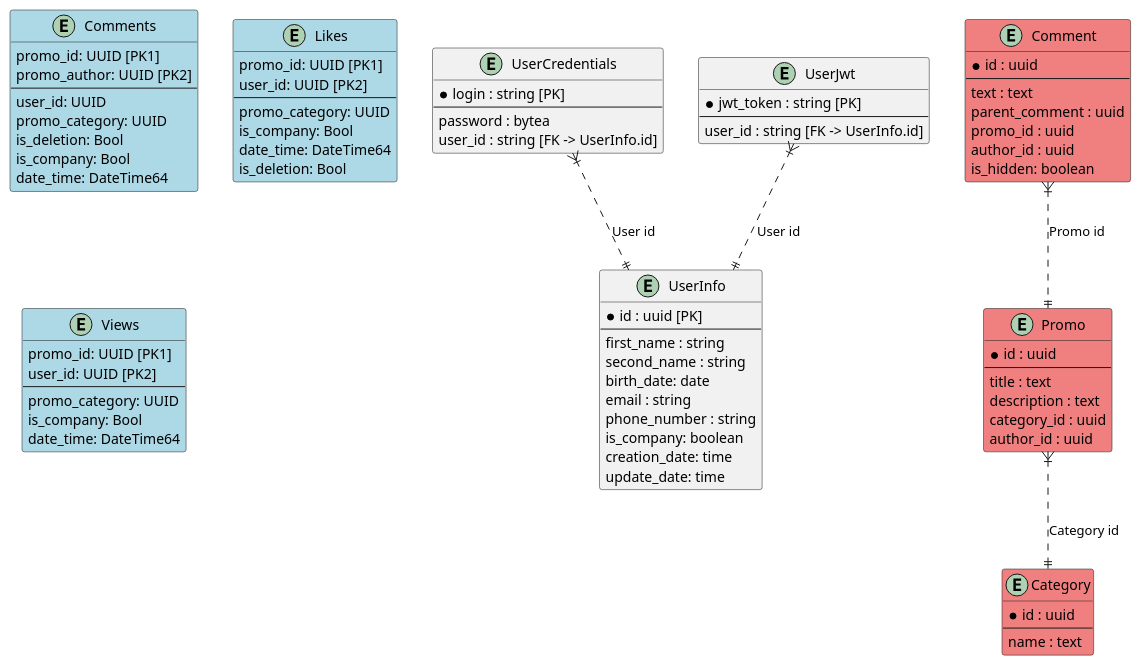
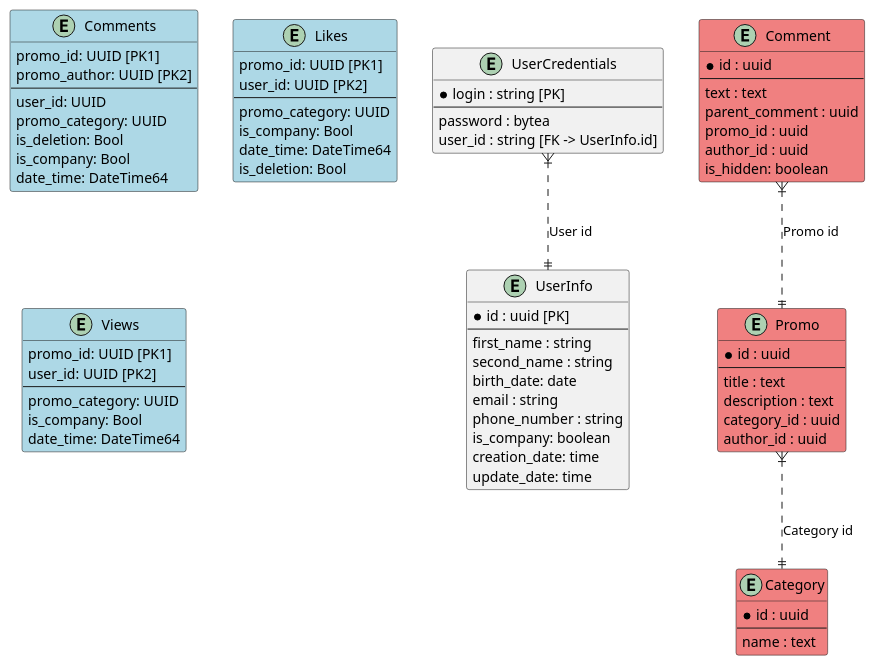
One commit to danilabokhanov/loyatly-program-platform changed the diagram in doc/scheme.puml. Above: the diagram before and after it, drawn with PlantUML. The commit also changed 1 other file, not shown here.

Commit message:
remove jwt from scheme

```diff
--- a/doc/scheme.puml
+++ b/doc/scheme.puml
@@ -1,91 +1,84 @@
 @startuml
 
 entity "UserInfo" {
     * id : uuid [PK]
     --
     first_name : string
     second_name : string
     birth_date: date
     email : string
     phone_number : string
     is_company: boolean
     creation_date: time
     update_date: time
 }
 
 entity "UserCredentials" {
     * login : string [PK]
     --
     password : bytea
     user_id : string [FK -> UserInfo.id]
 }
 
-entity "UserJwt" {
-    * jwt_token : string [PK]
-    --
-    user_id : string [FK -> UserInfo.id]
-}
-
 UserCredentials }|..|| UserInfo : "User id"
-UserJwt }|..|| UserInfo : "User id"
 
 entity Promo #lightcoral {
     *id : uuid
     --
     title : text
     description : text
     category_id : uuid
     author_id : uuid
 }
 
 entity Category #lightcoral {
     *id : uuid
     --
     name : text
 }
 
 entity Comment #lightcoral {
     *id : uuid
     --
     text : text
     parent_comment : uuid
     promo_id : uuid
     author_id : uuid
     is_hidden: boolean
 }
 
 Promo }|..|| Category : "Category id"
 Comment }|..|| Promo : "Promo id"
 
 entity Comments #lightblue {
     promo_id: UUID [PK1]
     promo_author: UUID [PK2]
     --
     user_id: UUID
     promo_category: UUID
     is_deletion: Bool
     is_company: Bool
     date_time: DateTime64
 }
 
 entity Likes #lightblue {
     promo_id: UUID [PK1]
     user_id: UUID [PK2]
     --
     promo_category: UUID
     is_company: Bool
     date_time: DateTime64
     is_deletion: Bool
 }
 
 entity Views #lightblue {
     promo_id: UUID [PK1]
     user_id: UUID [PK2]
     --
     promo_category: UUID
     is_company: Bool
     date_time: DateTime64
 }
 
 
 @enduml
```
